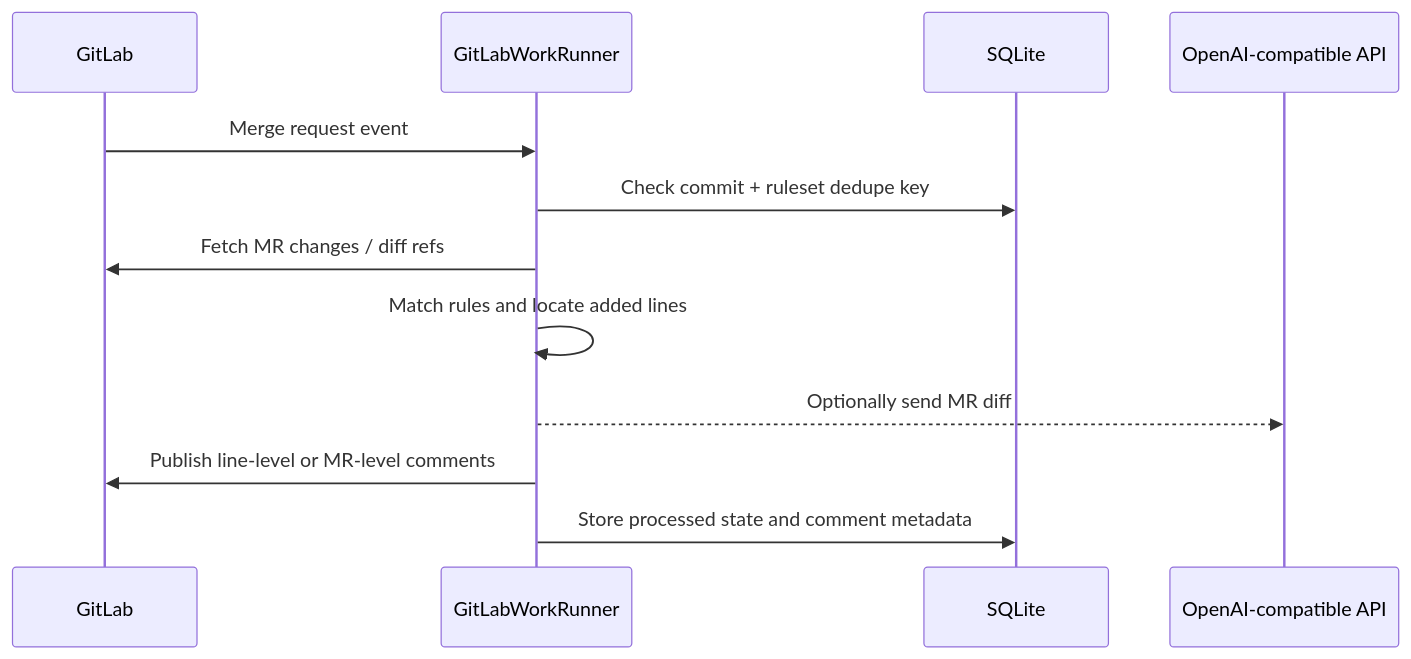
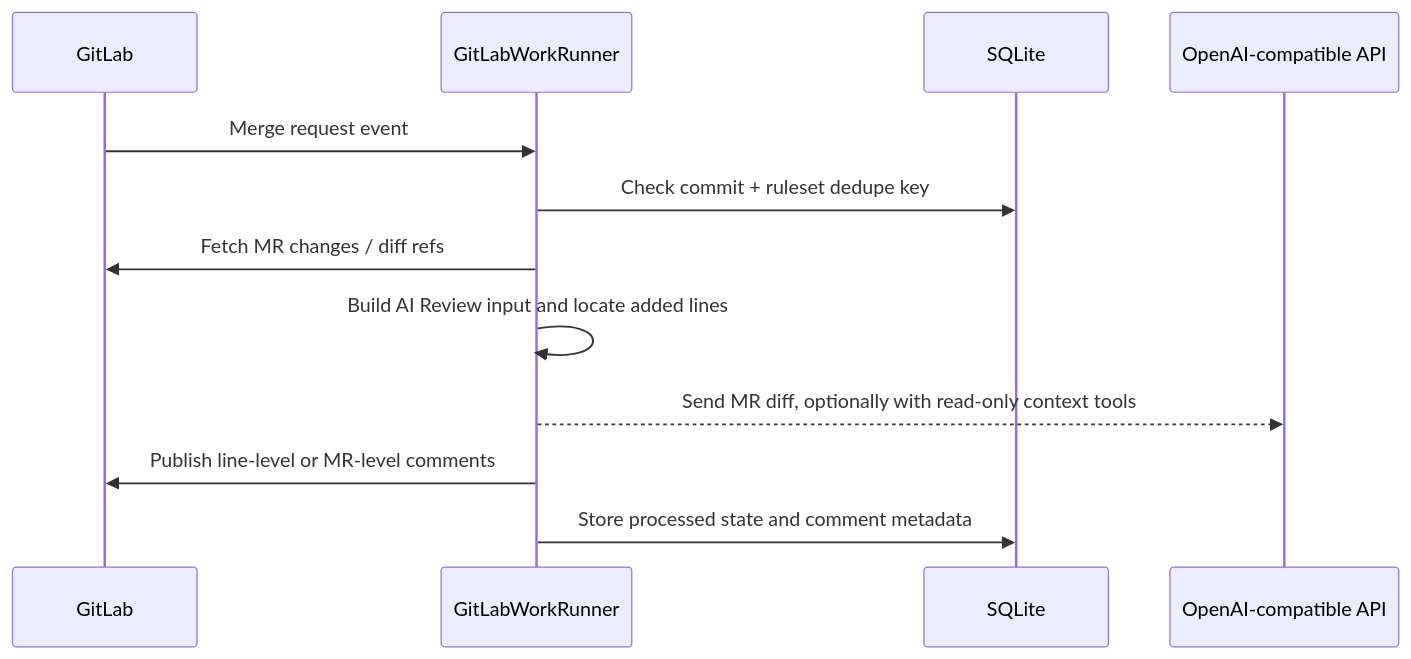
Before and after one commit to SwartzMss/GitLabWorkRunner: the second of 2 diagrams in README.en.md, drawn with Mermaid. The commit also changed other lines of this file and 3 other files, not shown here.

````diff
--- a/README.en.md
+++ b/README.en.md
@@ -28,15 +26,15 @@
 ```mermaid
 sequenceDiagram
     participant GitLab
     participant Runner as GitLabWorkRunner
     participant DB as SQLite
     participant AI as OpenAI-compatible API
 
     GitLab->>Runner: Merge request event
     Runner->>DB: Check commit + ruleset dedupe key
     Runner->>GitLab: Fetch MR changes / diff refs
-    Runner->>Runner: Match rules and locate added lines
-    Runner-->>AI: Optionally send MR diff
+    Runner->>Runner: Build AI Review input and locate added lines
+    Runner-->>AI: Send MR diff, optionally with read-only context tools
     Runner->>GitLab: Publish line-level or MR-level comments
     Runner->>DB: Store processed state and comment metadata
 ```
````
